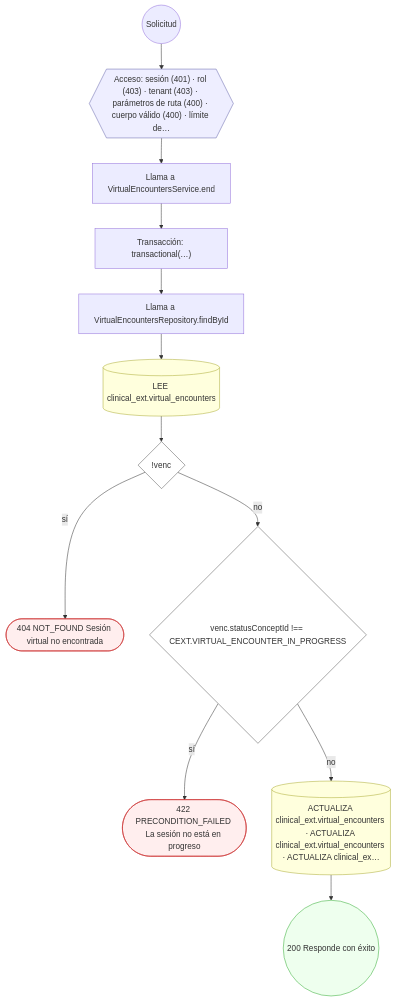
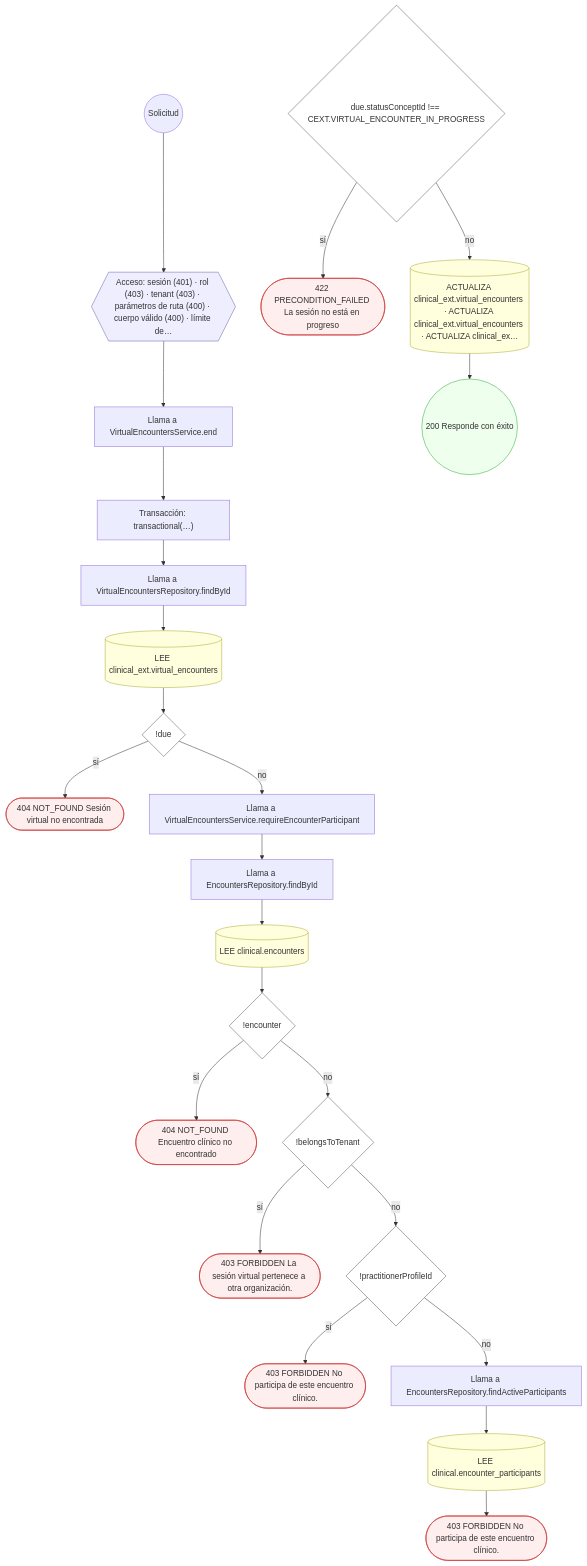
Diagram 23 of 24 in docs/inventario/flujos/clinical_ext.md (mdavila-2001/mantra-core-health-api), drawn with Mermaid before and after one commit. The commit also changed other lines of this file and 451 other files, not shown here.

````diff
--- a/docs/inventario/flujos/clinical_ext.md
+++ b/docs/inventario/flujos/clinical_ext.md
@@ -1302,32 +1420,55 @@
 ```mermaid
 flowchart TD
   n1(("Solicitud")):::inicio
   n2{{"Acceso: sesión (401) · rol (403) · tenant (403) · parámetros de ruta (400) · cuerpo válido (400) · límite de…"}}:::acceso
   n1 --> n2
   n3["Llama a VirtualEncountersService.end"]:::llamada
   n2 --> n3
   n4["Transacción: transactional(…)"]:::transaccion
   n3 --> n4
   n5["Llama a VirtualEncountersRepository.findById"]:::llamada
   n4 --> n5
   n6[("LEE clinical_ext.virtual_encounters")]:::efecto
   n5 --> n6
-  n7{"!venc"}:::decision
+  n7{"!due"}:::decision
   n6 --> n7
   n8(["404 NOT_FOUND Sesión virtual no encontrada"]):::error
   n7 -->|"sí"| n8
-  n9{"venc.statusConceptId !== CEXT.VIRTUAL_ENCOUNTER_IN_PROGRESS"}:::decision
+  n9["Llama a VirtualEncountersService.requireEncounterParticipant"]:::llamada
   n7 -->|"no"| n9
-  n10(["422 PRECONDITION_FAILED La sesión no está en progreso"]):::error
-  n9 -->|"sí"| n10
-  n11[("ACTUALIZA clinical_ext.virtual_encounters · ACTUALIZA clinical_ext.virtual_encounters · ACTUALIZA clinical_ex…")]:::efecto
-  n9 -->|"no"| n11
-  n12(("200 Responde con éxito")):::ok
+  n10["Llama a EncountersRepository.findById"]:::llamada
+  n9 --> n10
+  n11[("LEE clinical.encounters")]:::efecto
+  n10 --> n11
+  n12{"!encounter"}:::decision
   n11 --> n12
+  n13(["404 NOT_FOUND Encuentro clínico no encontrado"]):::error
+  n12 -->|"sí"| n13
+  n14{"!belongsToTenant"}:::decision
+  n12 -->|"no"| n14
+  n15(["403 FORBIDDEN La sesión virtual pertenece a otra organización."]):::error
+  n14 -->|"sí"| n15
+  n16{"!practitionerProfileId"}:::decision
+  n14 -->|"no"| n16
+  n17(["403 FORBIDDEN No participa de este encuentro clínico."]):::error
+  n16 -->|"sí"| n17
+  n18["Llama a EncountersRepository.findActiveParticipants"]:::llamada
+  n16 -->|"no"| n18
+  n19[("LEE clinical.encounter_participants")]:::efecto
+  n18 --> n19
+  n20(["403 FORBIDDEN No participa de este encuentro clínico."]):::error
+  n19 --> n20
+  n21{"due.statusConceptId !== CEXT.VIRTUAL_ENCOUNTER_IN_PROGRESS"}:::decision
+  n22(["422 PRECONDITION_FAILED La sesión no está en progreso"]):::error
+  n21 -->|"sí"| n22
+  n23[("ACTUALIZA clinical_ext.virtual_encounters · ACTUALIZA clinical_ext.virtual_encounters · ACTUALIZA clinical_ex…")]:::efecto
+  n21 -->|"no"| n23
+  n24(("200 Responde con éxito")):::ok
+  n23 --> n24
   classDef acceso fill:#eef,stroke:#66a
   classDef error fill:#fee,stroke:#c33
   classDef ok fill:#efe,stroke:#3a3
   classDef efecto fill:#ffd,stroke:#aa3
   classDef decision fill:#fff,stroke:#555
   classDef corte fill:#eee,stroke:#999,stroke-dasharray: 4
 ```
````
